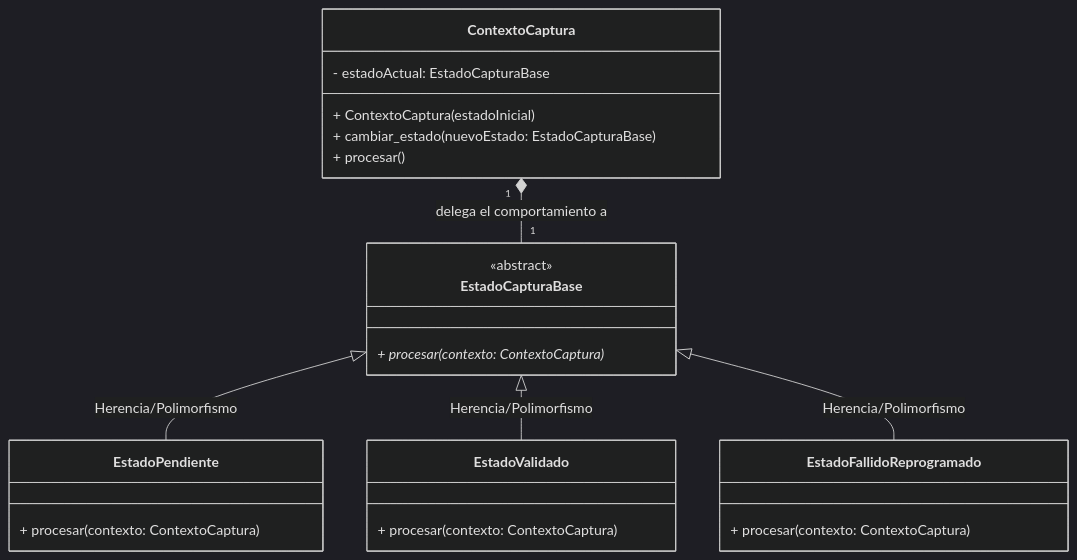
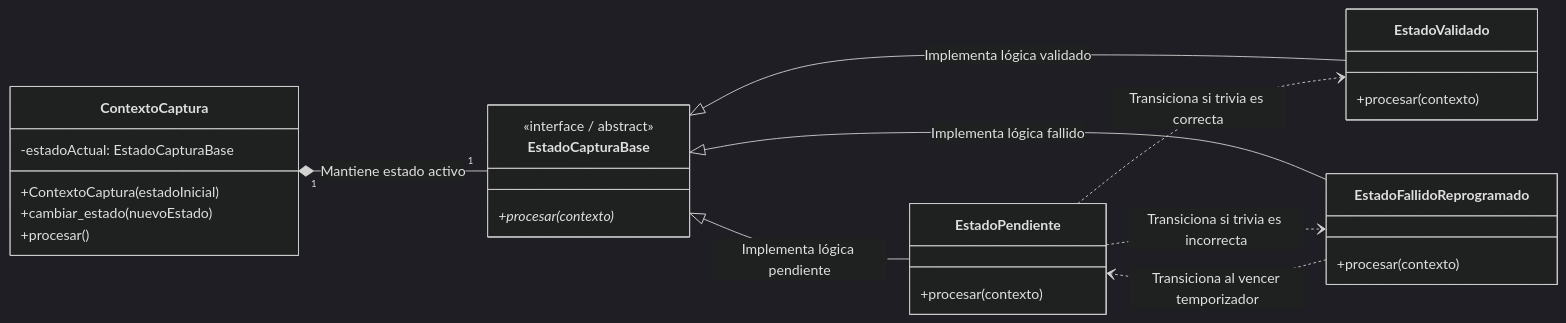
Before and after one commit to German-Oses/Faunetra: the eighth of 9 diagrams in Oses-Vllavicencio-INF4556-12_v2.md, drawn with Mermaid (dark theme). The commit also changed other lines of this file and 10 other files, not shown here.

````diff
--- a/Oses-Vllavicencio-INF4556-12_v2.md
+++ b/Oses-Vllavicencio-INF4556-12_v2.md
@@ -718,31 +845,37 @@
 ```mermaid
 classDiagram
+    direction LR
+
     class ContextoCaptura {
-        - estadoActual: EstadoCapturaBase
-        + ContextoCaptura(estadoInicial)
-        + cambiar_estado(nuevoEstado: EstadoCapturaBase)
-        + procesar()
+        -estadoActual: EstadoCapturaBase
+        +ContextoCaptura(estadoInicial)
+        +cambiar_estado(nuevoEstado)
+        +procesar()
     }
-    
+
     class EstadoCapturaBase {
-        <<abstract>>
-        + procesar(contexto: ContextoCaptura)*
+        <<interface / abstract>>
+        +procesar(contexto)*
     }
-    
+
     class EstadoPendiente {
-        + procesar(contexto: ContextoCaptura)
+        +procesar(contexto)
     }
-    
+
     class EstadoValidado {
-        + procesar(contexto: ContextoCaptura)
+        +procesar(contexto)
     }
-    
+
     class EstadoFallidoReprogramado {
-        + procesar(contexto: ContextoCaptura)
+        +procesar(contexto)
     }
-    
-    ContextoCaptura "1" *-- "1" EstadoCapturaBase : delega el comportamiento a
-    EstadoCapturaBase <|-- EstadoPendiente : Herencia/Polimorfismo
-    EstadoCapturaBase <|-- EstadoValidado : Herencia/Polimorfismo
-    EstadoCapturaBase <|-- EstadoFallidoReprogramado : Herencia/Polimorfismo
+
+    ContextoCaptura "1" *-- "1" EstadoCapturaBase : Mantiene estado activo
+    EstadoCapturaBase <|-- EstadoPendiente : Implementa lógica pendiente
+    EstadoCapturaBase <|-- EstadoValidado : Implementa lógica validado
+    EstadoCapturaBase <|-- EstadoFallidoReprogramado : Implementa lógica fallido
+
+    EstadoPendiente ..> EstadoValidado : Transiciona si trivia es correcta
+    EstadoPendiente ..> EstadoFallidoReprogramado : Transiciona si trivia es incorrecta
+    EstadoFallidoReprogramado ..> EstadoPendiente : Transiciona al vencer temporizador
 ```
````
